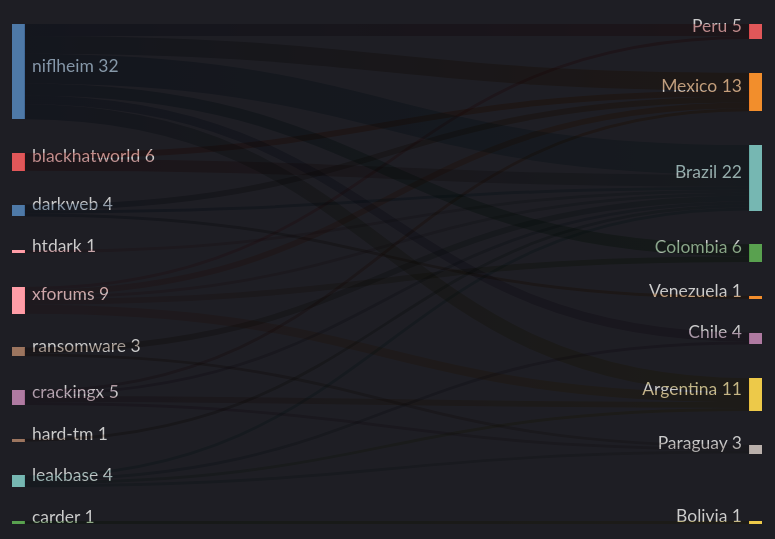
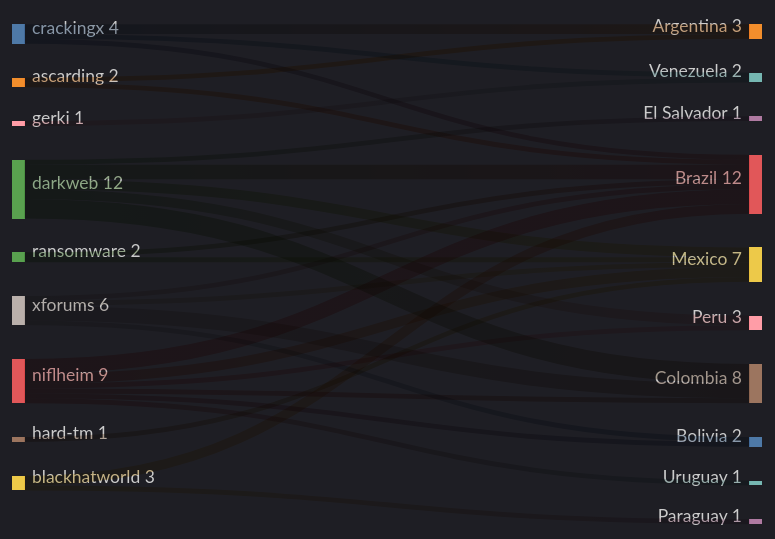
Before and after one commit to ZoqueLabs/website: the fourth of 5 diagrams in exfiltradaz.md, drawn with Mermaid. The commit also changed other lines of this file, not shown here.

````diff
--- a/exfiltradaz.md
+++ b/exfiltradaz.md
@@ -115,36 +123,33 @@
 ```mermaid
 ---
 config:
   theme: dark
 ---
 sankey-beta
-  niflheim,Mexico,6
-  niflheim,Peru,4
-  niflheim,Brazil,10
-  niflheim,Colombia,4
-  niflheim,Argentina,5
-  niflheim,Chile,3
-  xforums,Colombia,2
-  xforums,Argentina,3
+  crackingx,Argentina,2
+  crackingx,Brazil,1
+  crackingx,Venezuela,1
+  darkweb,Mexico,2
+  darkweb,El Salvador,1
+  darkweb,Brazil,3
+  darkweb,Peru,2
+  darkweb,Colombia,4
+  xforums,Colombia,3
+  xforums,Mexico,1
   xforums,Brazil,1
-  xforums,Mexico,2
-  xforums,Peru,1
-  ransomware,Brazil,2
-  ransomware,Paraguay,1
-  darkweb,Venezuela,1
-  darkweb,Brazil,1
-  darkweb,Mexico,2
-  blackhatworld,Brazil,4
-  blackhatworld,Mexico,2
-  leakbase,Paraguay,1
-  leakbase,Brazil,1
-  leakbase,Chile,1
-  leakbase,Argentina,1
-  carder,Bolivia,1
-  crackingx,Mexico,1
-  crackingx,Argentina,2
-  crackingx,Paraguay,1
-  crackingx,Brazil,1
-  htdark,Brazil,1
-  hard-tm,Brazil,1
+  xforums,Bolivia,1
+  ascarding,Argentina,1
+  ascarding,Brazil,1
+  niflheim,Brazil,3
+  niflheim,Mexico,2
+  niflheim,Uruguay,1
+  niflheim,Peru,1
+  niflheim,Colombia,1
+  niflheim,Bolivia,1
+  ransomware,Brazil,1
+  ransomware,Mexico,1
+  blackhatworld,Brazil,2
+  blackhatworld,Paraguay,1
+  gerki,Venezuela,1
+  hard-tm,Mexico,1
 ```
````
